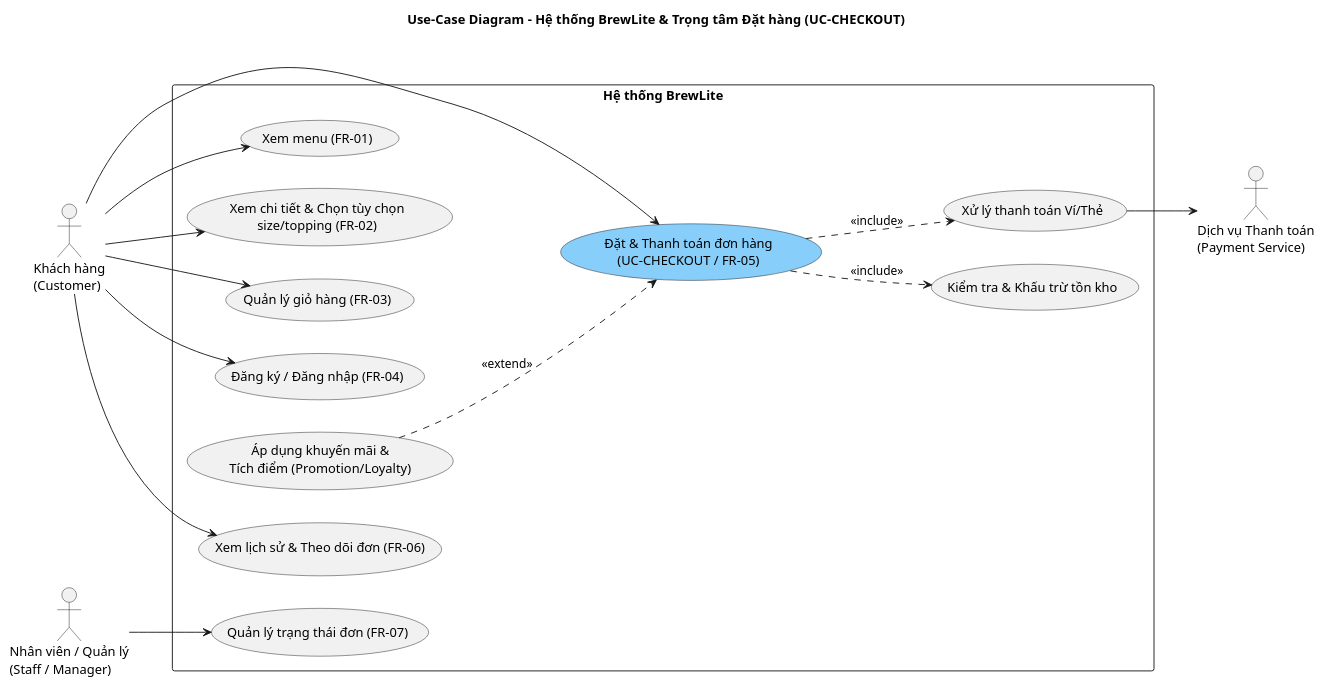
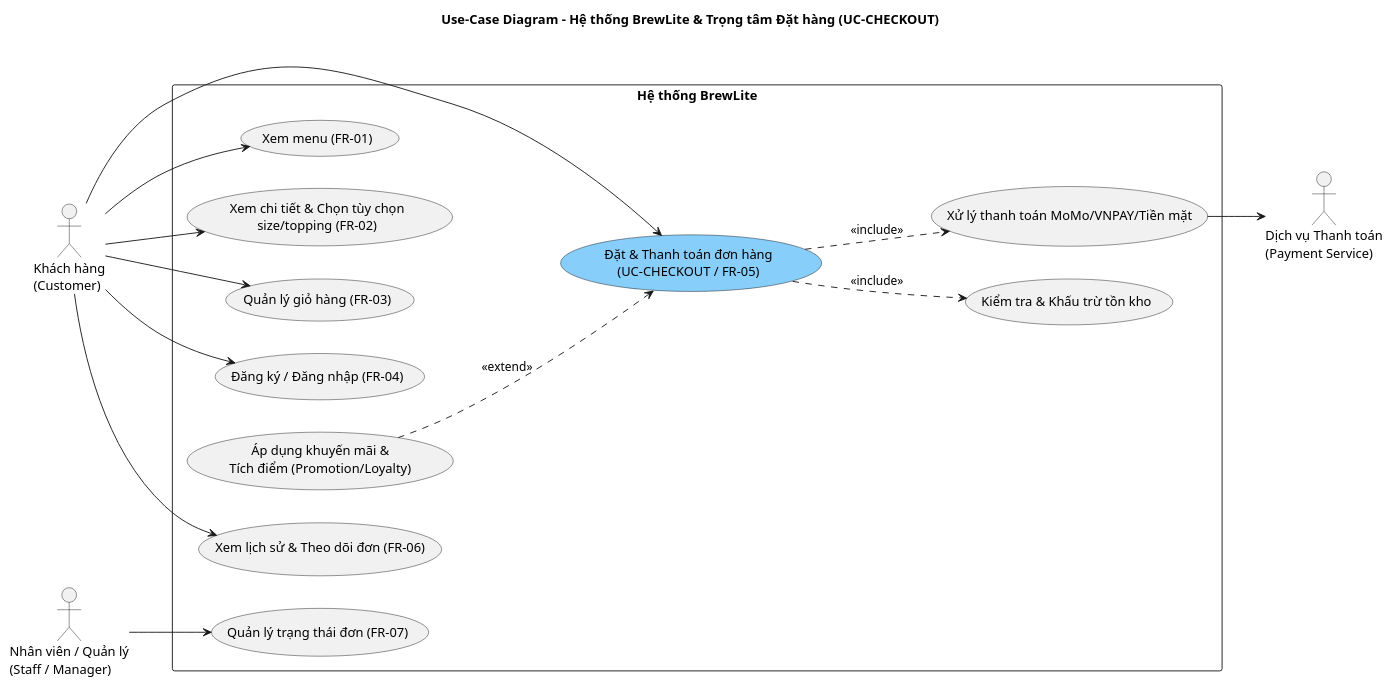
One commit to Nashando/BrewLite-SWE-project changed the diagram in docs/diagrams/Usecase_Diagram.md. Above: the diagram before and after it, drawn with PlantUML. The commit also changed 3 other files, not shown here.

Commit message:
docs: cập nhật phương thức thanh toán thành MoMo, VNPAY, tiền mặt

````diff
--- a/docs/diagrams/Usecase_Diagram.md
+++ b/docs/diagrams/Usecase_Diagram.md
@@ -1,46 +1,46 @@
 ```plantuml
 @startuml
 title Use-Case Diagram - Hệ thống BrewLite & Trọng tâm Đặt hàng (UC-CHECKOUT)
 left to right direction
 skinparam packageStyle rectangle
 skinparam actorStyle outline
 
 actor "Khách hàng\n(Customer)" as Customer
 actor "Nhân viên / Quản lý\n(Staff / Manager)" as Staff
 actor "Dịch vụ Thanh toán\n(Payment Service)" as PaymentGateway
 
 rectangle "Hệ thống BrewLite" {
   usecase "Xem menu (FR-01)" as UC_Menu
   usecase "Xem chi tiết & Chọn tùy chọn\nsize/topping (FR-02)" as UC_Detail
   usecase "Quản lý giỏ hàng (FR-03)" as UC_Cart
   usecase "Đăng ký / Đăng nhập (FR-04)" as UC_Auth
   
   ' Cụm Use-case trọng tâm (Task 1.3)
   usecase "Đặt & Thanh toán đơn hàng\n(UC-CHECKOUT / FR-05)" as UC_Checkout #LightSkyBlue
   usecase "Kiểm tra & Khấu trừ tồn kho" as UC_CheckStock
-  usecase "Xử lý thanh toán Ví/Thẻ" as UC_ProcessPayment
+  usecase "Xử lý thanh toán MoMo/VNPAY/Tiền mặt" as UC_ProcessPayment
   usecase "Áp dụng khuyến mãi &\nTích điểm (Promotion/Loyalty)" as UC_Promo
   
   usecase "Xem lịch sử & Theo dõi đơn (FR-06)" as UC_History
   usecase "Quản lý trạng thái đơn (FR-07)" as UC_UpdateStatus
 }
 
 Customer --> UC_Menu
 Customer --> UC_Detail
 Customer --> UC_Cart
 Customer --> UC_Auth
 Customer --> UC_Checkout
 Customer --> UC_History
 
 ' Quan hệ trong phạm vi UC-CHECKOUT
 UC_Checkout ..> UC_CheckStock : <<include>>
 UC_Checkout ..> UC_ProcessPayment : <<include>>
 UC_Promo ..> UC_Checkout : <<extend>>
 
 ' Liên kết với hệ thống thanh toán bên ngoài/mô phỏng
 UC_ProcessPayment --> PaymentGateway
 
 ' Tác nhân Nhân viên/Quản lý
 Staff --> UC_UpdateStatus
 @enduml
 ```
````
